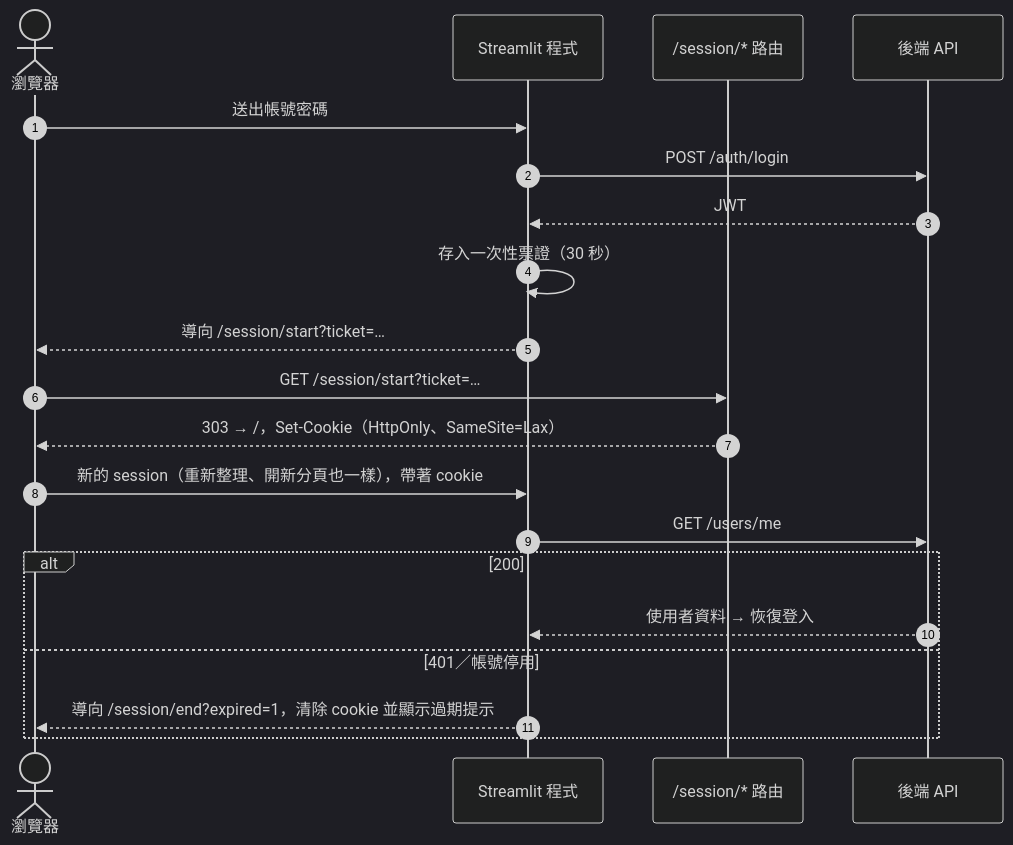
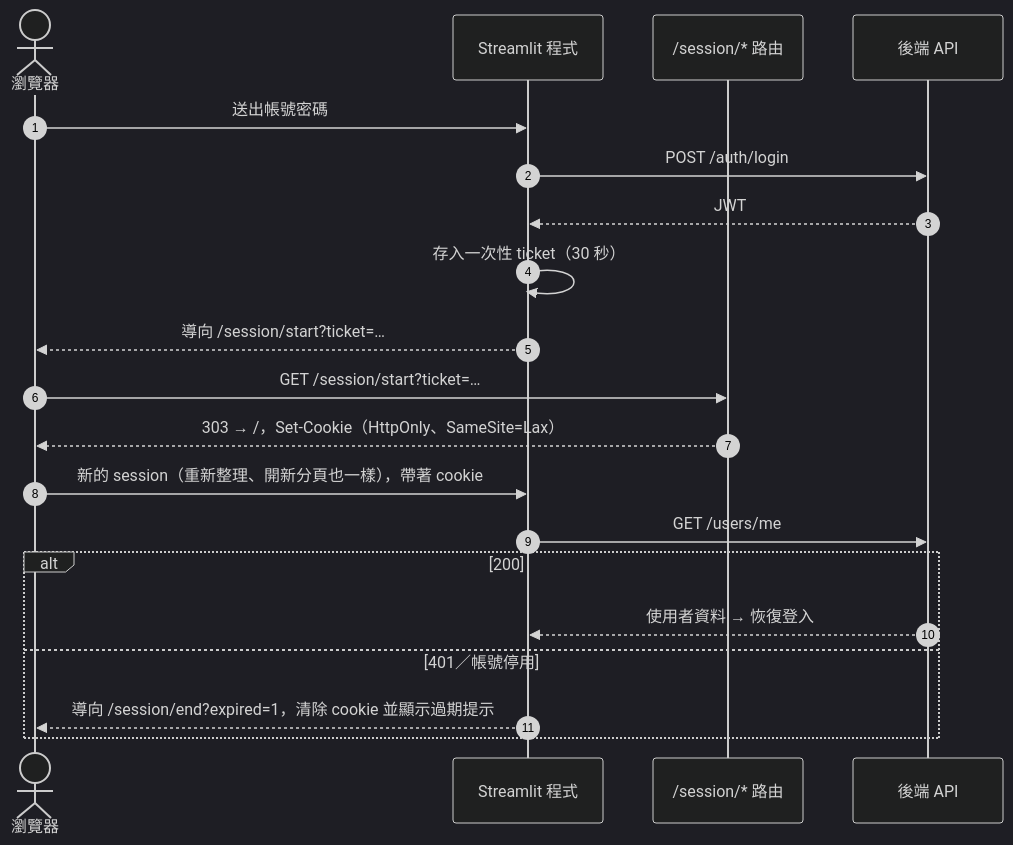
Before and after one commit to ASiCo1116/analytics-monitoring-system: the second of 4 diagrams in README.md, drawn with Mermaid (dark theme). The commit also changed other lines of this file, not shown here.

````diff
--- a/README.md
+++ b/README.md
@@ -77,23 +162,23 @@
 ```mermaid
 sequenceDiagram
     autonumber
     actor U as 瀏覽器
     participant S as Streamlit 程式
     participant R as /session/* 路由
     participant B as 後端 API
 
     U->>S: 送出帳號密碼
     S->>B: POST /auth/login
     B-->>S: JWT
-    S->>S: 存入一次性票證（30 秒）
+    S->>S: 存入一次性 ticket（30 秒）
     S-->>U: 導向 /session/start?ticket=…
     U->>R: GET /session/start?ticket=…
     R-->>U: 303 → /，Set-Cookie（HttpOnly、SameSite=Lax）
     U->>S: 新的 session（重新整理、開新分頁也一樣），帶著 cookie
     S->>B: GET /users/me
     alt 200
         B-->>S: 使用者資料 → 恢復登入
     else 401／帳號停用
         S-->>U: 導向 /session/end?expired=1，清除 cookie 並顯示過期提示
     end
 ```
````
